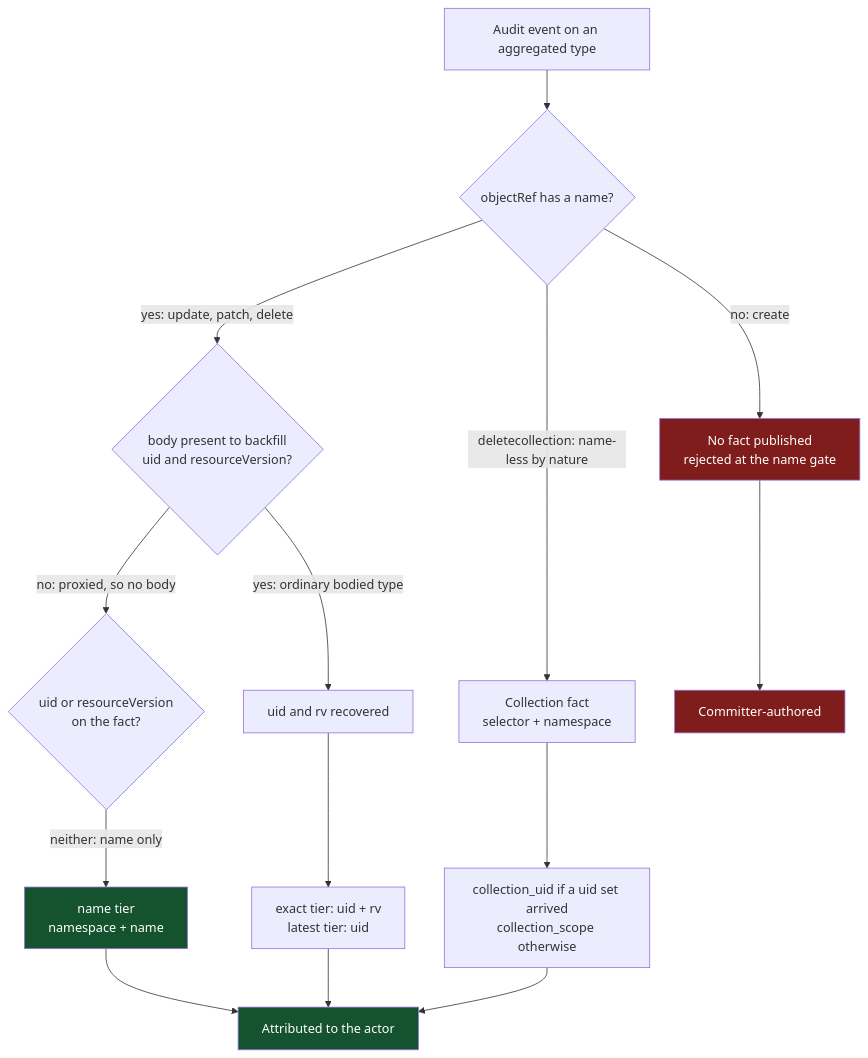
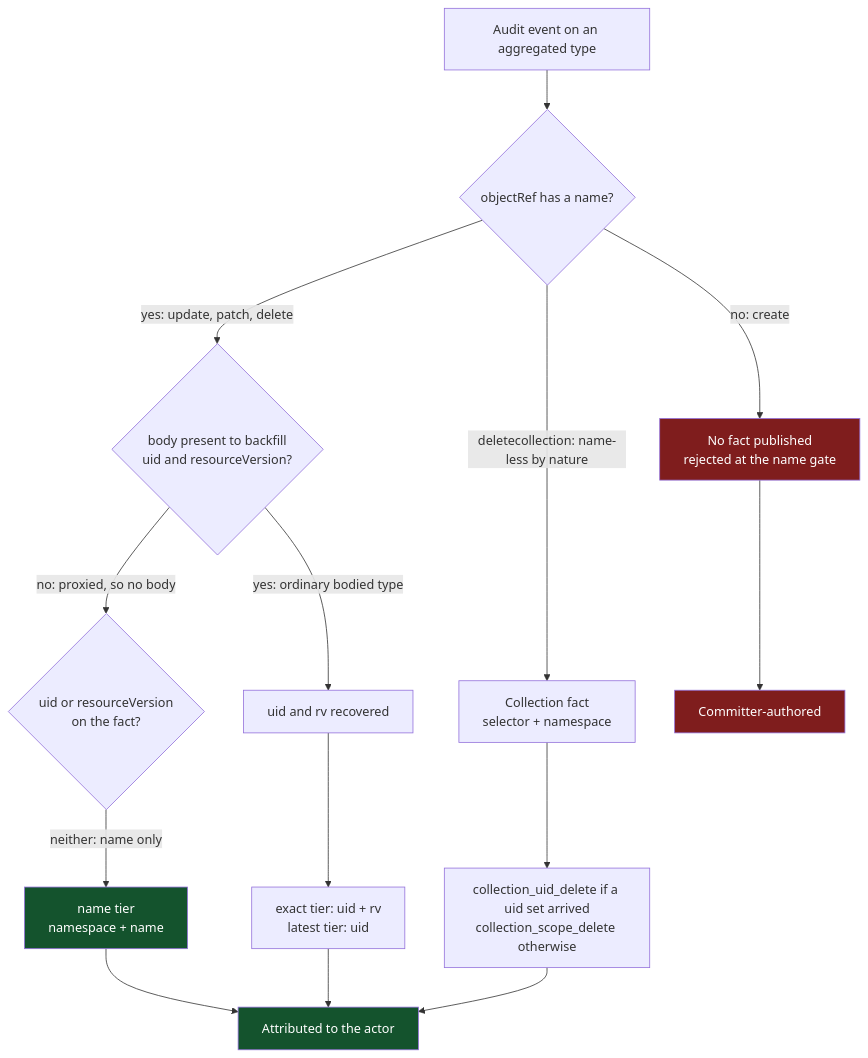
The first of 2 diagrams in docs/design/attribution-branch-findings.md (ConfigButler/gitops-reverser), drawn with Mermaid before and after one commit. The commit also changed other lines of this file and 16 other files, not shown here.

````diff
--- a/docs/design/attribution-branch-findings.md
+++ b/docs/design/attribution-branch-findings.md
@@ -59,24 +59,24 @@
 ```mermaid
 flowchart TD
     A[Audit event on an aggregated type] --> B{objectRef has a name?}
     B -->|no: create| C[No fact published<br/>rejected at the name gate]
     B -->|yes: update, patch, delete| D{body present to backfill<br/>uid and resourceVersion?}
     B -->|deletecollection: name-less by nature| E[Collection fact<br/>selector + namespace]
 
     D -->|no: proxied, so no body| F{uid or resourceVersion<br/>on the fact?}
     D -->|yes: ordinary bodied type| G[uid and rv recovered]
 
     F -->|neither: name only| H[name tier<br/>namespace + name]
     G --> I[exact tier: uid + rv<br/>latest tier: uid]
-    E --> J[collection_uid if a uid set arrived<br/>collection_scope otherwise]
+    E --> J[collection_uid_delete if a uid set arrived<br/>collection_scope_delete otherwise]
 
     C --> K[Committer-authored]
     H --> L[Attributed to the actor]
     I --> L
     J --> L
 
     style C fill:#7f1d1d,color:#fff
     style K fill:#7f1d1d,color:#fff
     style H fill:#14532d,color:#fff
     style L fill:#14532d,color:#fff
 ```
````
